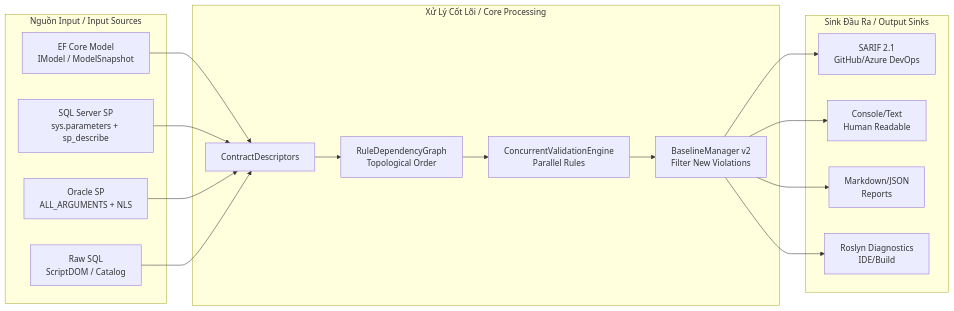
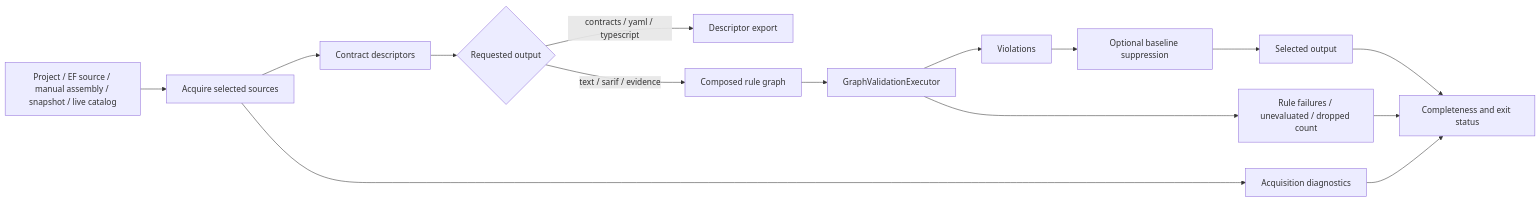
One commit to thanhnt-sm/eco_support_net_oracle changed the diagram in docs/DATA_FLOW.md. Above: the diagram before and after it, drawn with Mermaid. The commit also changed other lines of this file and 98 other files, not shown here.

````diff
--- a/docs/DATA_FLOW.md
+++ b/docs/DATA_FLOW.md
@@ -5,35 +7,17 @@
 ```mermaid
-graph LR
-    subgraph "Nguồn Input / Input Sources"
-        S1[EF Core Model<br/>IModel / ModelSnapshot]
-        S2[SQL Server SP<br/>sys.parameters + sp_describe]
-        S3[Oracle SP<br/>ALL_ARGUMENTS + NLS]
-        S4[Raw SQL<br/>ScriptDOM / Catalog]
-    end
-
-    subgraph "Xử Lý Cốt Lõi / Core Processing"
-        P1[ContractDescriptors]
-        P2[RuleDependencyGraph<br/>Topological Order]
-        P3[ConcurrentValidationEngine<br/>Parallel Rules]
-        P4[BaselineManager v2<br/>Filter New Violations]
-    end
-
-    subgraph "Sink Đầu Ra / Output Sinks"
-        O1[SARIF 2.1<br/>GitHub/Azure DevOps]
-        O2[Console/Text<br/>Human Readable]
-        O3[Markdown/JSON<br/>Reports]
-        O4[Roslyn Diagnostics<br/>IDE/Build]
-    end
-
-    S1 --> P1
-    S2 --> P1
-    S3 --> P1
-    S4 --> P1
-    P1 --> P2
-    P2 --> P3
-    P3 --> P4
-    P4 --> O1
-    P4 --> O2
-    P4 --> O3
-    P4 --> O4
+flowchart LR
+    Input[Project / EF source / manual assembly / snapshot / live catalog] --> Acquire[Acquire selected sources]
+    Acquire --> Contracts[Contract descriptors]
+    Acquire --> Issues[Acquisition diagnostics]
+    Contracts --> Choice{Requested output}
+    Choice -->|contracts / yaml / typescript| Export[Descriptor export]
+    Choice -->|text / sarif / evidence| Rules[Composed rule graph]
+    Rules --> Execution[GraphValidationExecutor]
+    Execution --> Findings[Violations]
+    Execution --> Outcomes[Rule failures / unevaluated / dropped count]
+    Findings --> Baseline[Optional baseline suppression]
+    Baseline --> Reports[Selected output]
+    Issues --> Status[Completeness and exit status]
+    Outcomes --> Status
+    Reports --> Status
 ```
````
